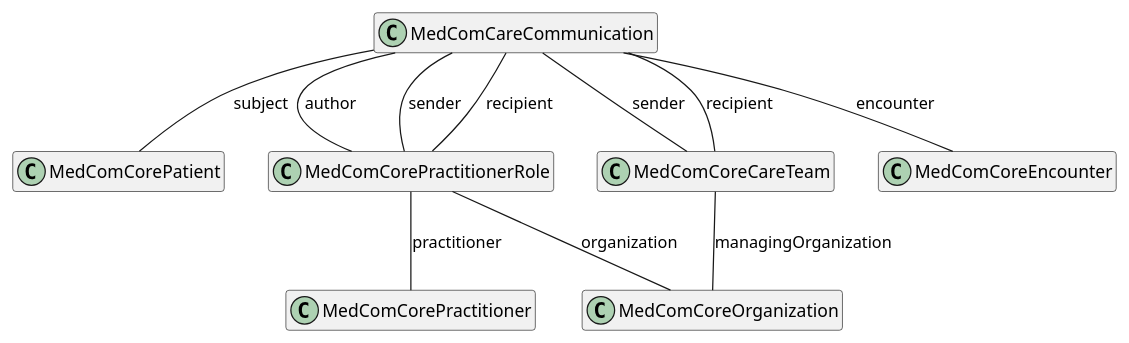
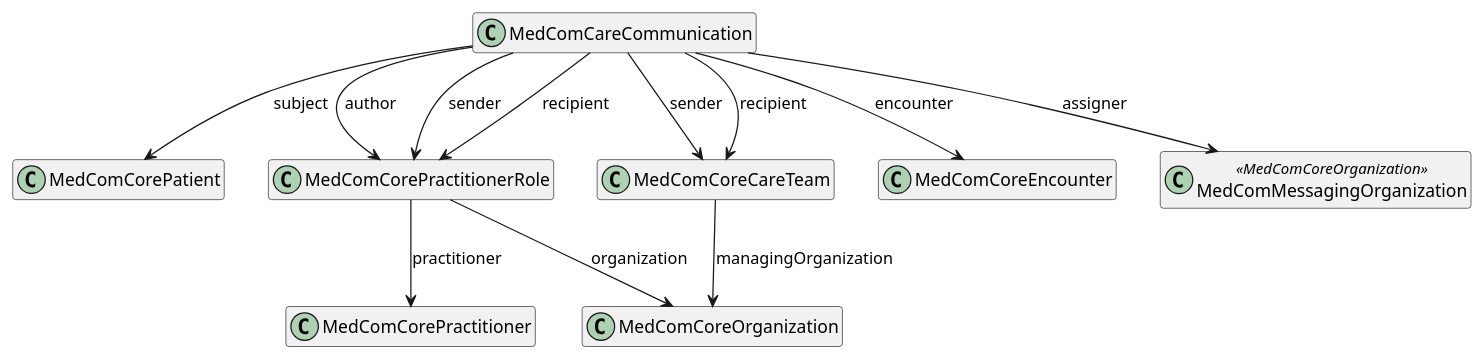
The diagram in puml/CareCommunicationCommunication.puml (medcomdk/dk-medcom-carecommunication), drawn with PlantUML before and after one commit. The commit also changed 22 other files, not shown here.

```diff
--- a/puml/CareCommunicationCommunication.puml
+++ b/puml/CareCommunicationCommunication.puml
@@ -1,26 +1,28 @@
 @startuml CareCommunicationCommunication
 
 hide empty members
 
 class "MedComCareCommunication" as communication
 class "MedComCorePatient" as patient
 class "MedComCorePractitionerRole" as pracRole
 class "MedComCoreCareTeam" as careteam
 class "MedComCorePractitioner" as author
 class "MedComCoreEncounter" as encounter
 class "MedComCoreOrganization" as organization
+class "MedComMessagingOrganization" as messagingOrganization <<MedComCoreOrganization>>
 
 
 
-communication -- encounter : "encounter"
-communication -- patient : "subject"
-communication -- pracRole : "author"
-communication -- careteam : "sender"
-communication -- careteam : "recipient"
-communication -- pracRole : "sender"
-communication -- pracRole : "recipient"
-pracRole -- author : "practitioner"
-pracRole -- organization : "organization"
-careteam -- organization : "managingOrganization"
+communication --> encounter : "encounter"
+communication --> patient : "subject"
+communication --> pracRole : "author"
+communication --> careteam : "sender"
+communication --> careteam : "recipient"
+communication --> pracRole : "sender"
+communication --> pracRole : "recipient"
+communication --> messagingOrganization : "assigner"
+pracRole --> author : "practitioner"
+pracRole --> organization : "organization"
+careteam --> organization : "managingOrganization"
 
 @enduml
```
